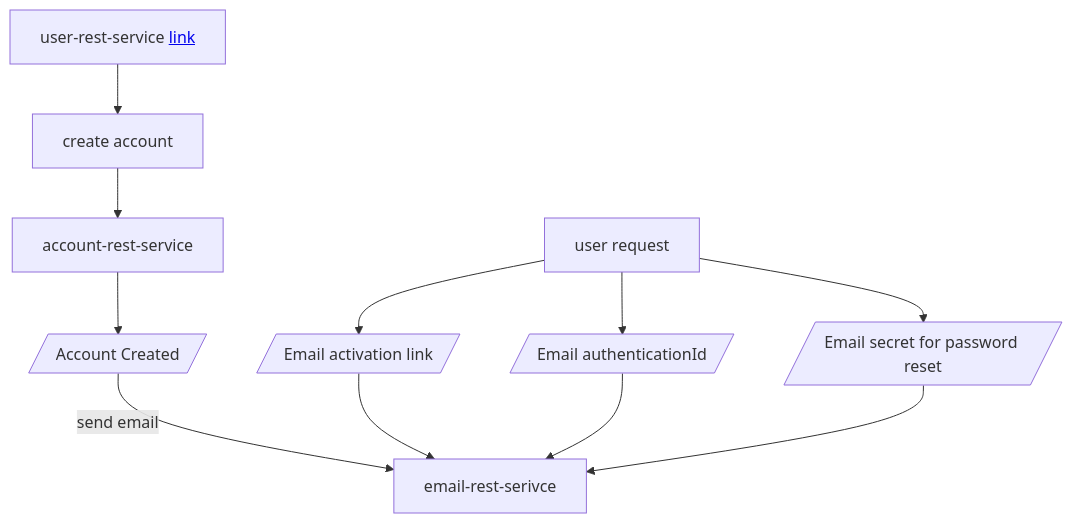
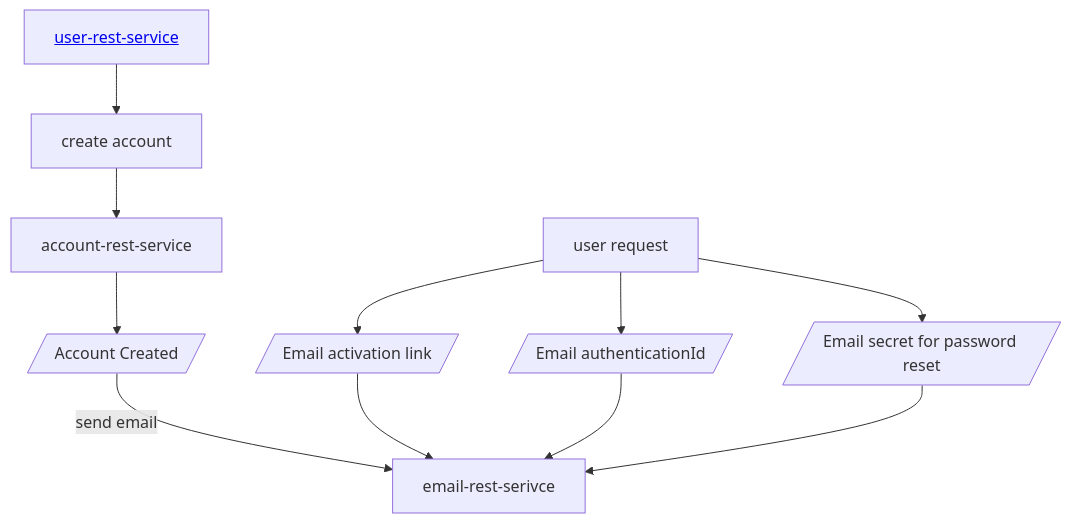
Before and after one commit to sonamsamdupkhangsar/email-rest-service: the diagram in README.md, drawn with Mermaid.

Commit message:
add mermaidms

````diff
--- a/README.md
+++ b/README.md
@@ -9,8 +9,8 @@
 ```mermaid
 flowchart TD
- UserService[user-rest-service <a href='https://github.com/sonamsamdupkhangsar/user-rest-service'>link</a>] --> create[create account] -->Account[account-rest-service]
+ UserService[<a href='https://github.com/sonamsamdupkhangsar/user-rest-service'>user-rest-service</a>] --> create[create account] -->Account[account-rest-service]
  Account-->accountCreated[/Account Created/]--"send email"--> email[email-rest-serivce]
  User[user request] --> emailActivationLink[/Email activation link/]--> email 
  User --> emailAuthenticationId[/Email authenticationId/]--> email
  User -->emailSecret[/Email secret for password reset/] -->email
 ```
````
